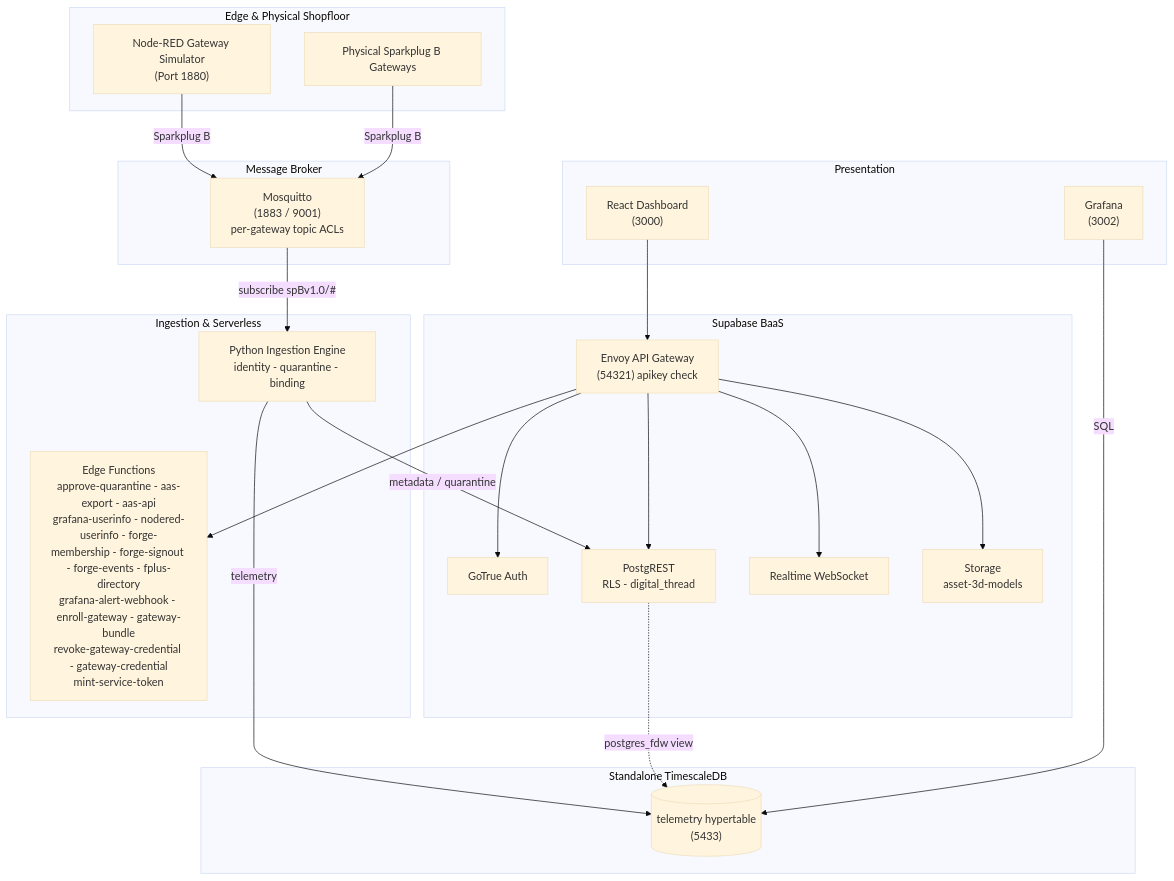
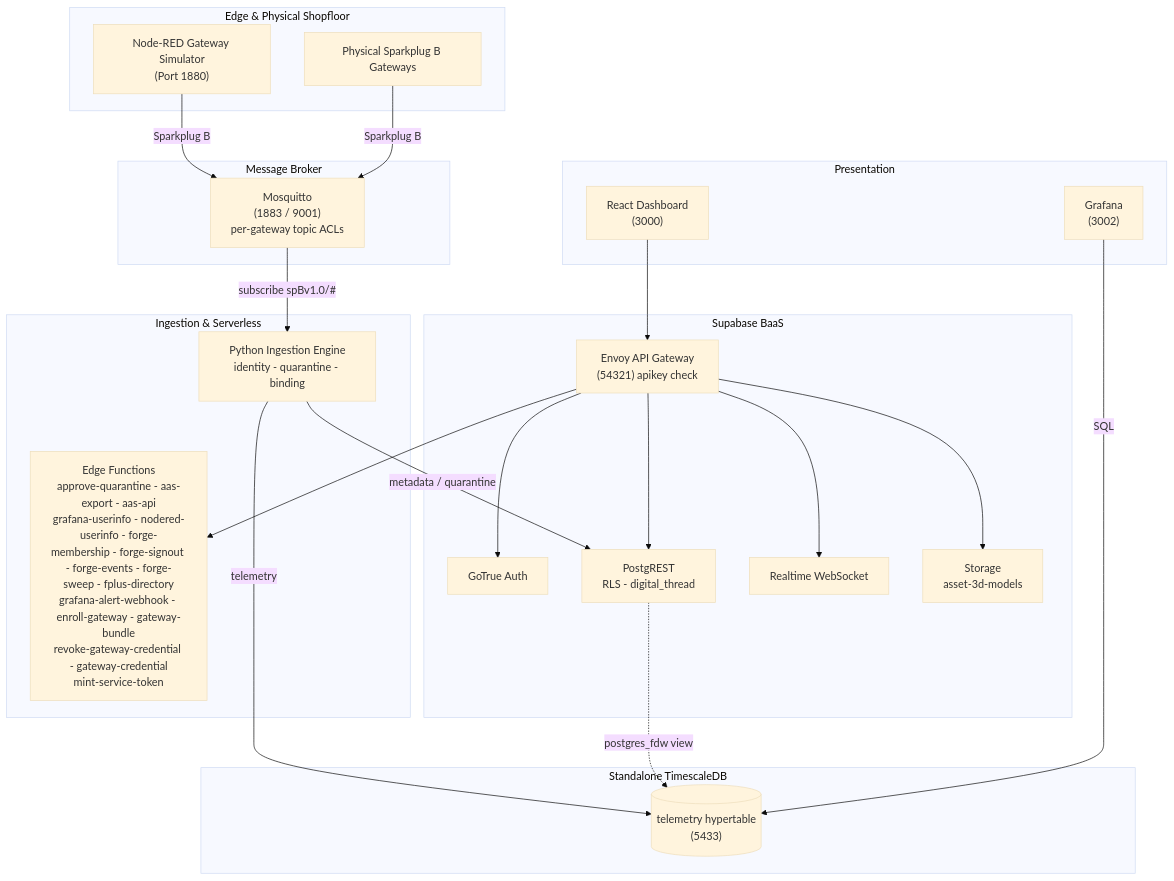
Before and after one commit to Harri-Llewelyn/Aber: the diagram in README.md, drawn with Mermaid (base theme). The commit also changed other lines of this file and 23 other files, not shown here.

````diff
--- a/README.md
+++ b/README.md
@@ -31,47 +31,47 @@
 ```mermaid
 flowchart TB
     subgraph Edge ["Edge & Physical Shopfloor"]
         NR["Node-RED Gateway Simulator<br/>(Port 1880)"]
         DEV["Physical Sparkplug B Gateways"]
     end
 
     subgraph Messaging ["Message Broker"]
         MQTT["Mosquitto<br/>(1883 / 9001)<br/>per-gateway topic ACLs"]
     end
 
     subgraph Processing ["Ingestion & Serverless"]
         ING["Python Ingestion Engine<br/>identity - quarantine - binding"]
-        EF["Edge Functions<br/>approve-quarantine - aas-export - aas-api<br/>grafana-userinfo - nodered-userinfo - forge-membership - forge-signout - forge-events - fplus-directory<br/>grafana-alert-webhook - enroll-gateway - gateway-bundle<br/>revoke-gateway-credential - gateway-credential<br/>mint-service-token"]
+        EF["Edge Functions<br/>approve-quarantine - aas-export - aas-api<br/>grafana-userinfo - nodered-userinfo - forge-membership - forge-signout - forge-events - forge-sweep - fplus-directory<br/>grafana-alert-webhook - enroll-gateway - gateway-bundle<br/>revoke-gateway-credential - gateway-credential<br/>mint-service-token"]
     end
 
     subgraph Supabase ["Supabase BaaS"]
         GW["Envoy API Gateway<br/>(54321) apikey check"]
         AUTH["GoTrue Auth"]
         PGRST["PostgREST<br/>RLS - digital_thread"]
         RT["Realtime WebSocket"]
         STO["Storage<br/>asset-3d-models"]
     end
 
     subgraph TSDB ["Standalone TimescaleDB"]
         TS[("telemetry hypertable<br/>(5433)")]
     end
 
     subgraph UX ["Presentation"]
         UI["React Dashboard<br/>(3000)"]
         GRAF["Grafana<br/>(3002)"]
     end
 
     NR -->|Sparkplug B| MQTT
     DEV -->|Sparkplug B| MQTT
     MQTT -->|subscribe spBv1.0/#| ING
     ING -->|metadata / quarantine| PGRST
     ING -->|telemetry| TS
     UI --> GW
     GW --> AUTH
     GW --> PGRST
     GW --> RT
     GW --> STO
     GW --> EF
     PGRST -.->|postgres_fdw view| TS
     GRAF -->|SQL| TS
 ```
````
